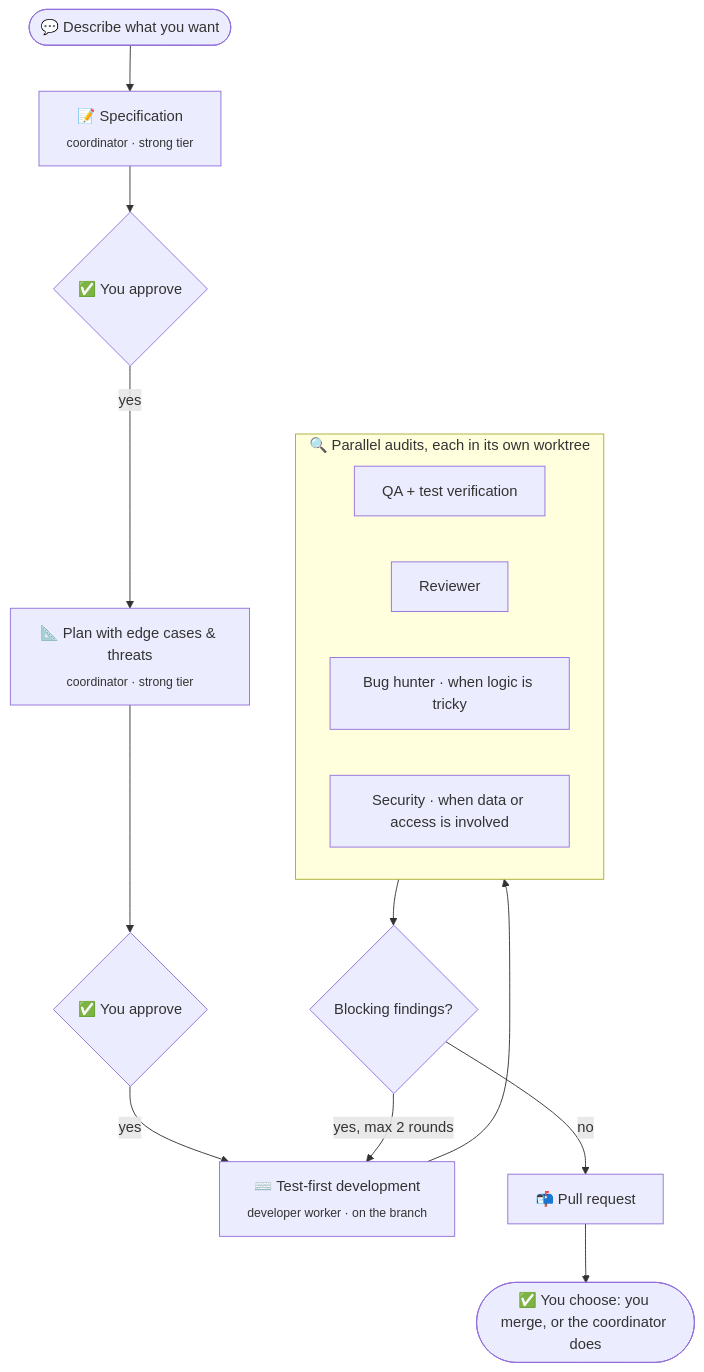
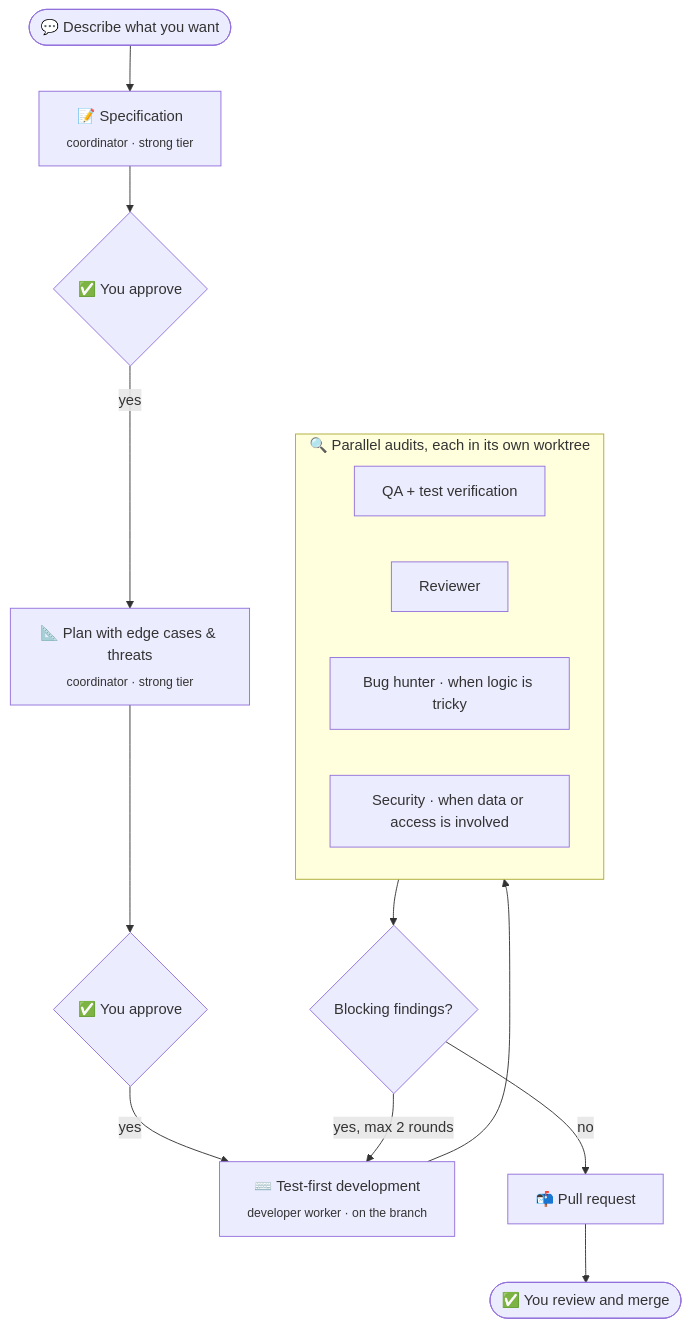
Before and after one commit to davidgarcia11/pilotfish: the diagram in README.md, drawn with Mermaid. The commit also changed other lines of this file and 9 other files, not shown here.

````diff
--- a/README.md
+++ b/README.md
@@ -46,19 +46,19 @@
 ```mermaid
 flowchart TD
     A([💬 Describe what you want]) --> B[📝 Specification<br/><sub>coordinator · strong tier</sub>]
     B --> C{✅ You approve}
     C -->|yes| D[📐 Plan with edge cases & threats<br/><sub>coordinator · strong tier</sub>]
     D --> E{✅ You approve}
     E -->|yes| F[⌨️ Test-first development<br/><sub>developer worker · on the branch</sub>]
     F --> G
     subgraph G [🔍 Parallel audits, each in its own worktree]
         G1[QA + test verification]
         G2[Reviewer]
         G3[Bug hunter · when logic is tricky]
         G4[Security · when data or access is involved]
     end
     G --> H{Blocking findings?}
     H -->|yes, max 2 rounds| F
     H -->|no| I[📬 Pull request]
-    I --> J([✅ You choose: you merge, or the coordinator does])
+    I --> J([✅ You review and merge])
 ```
````
